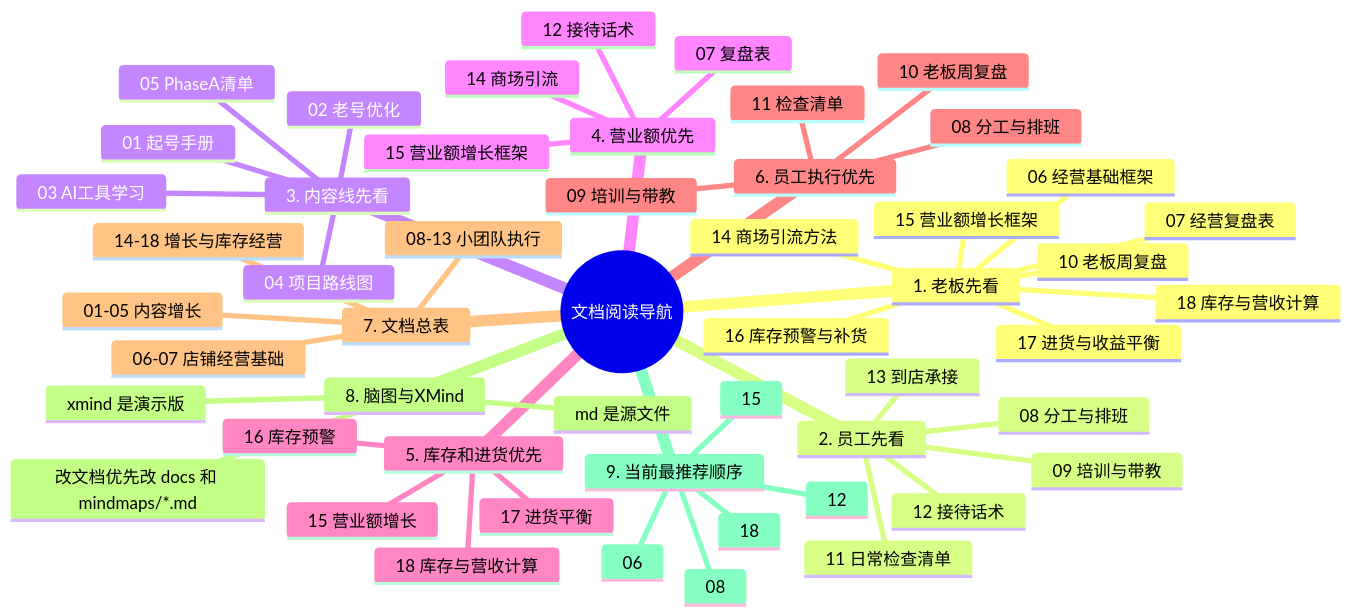
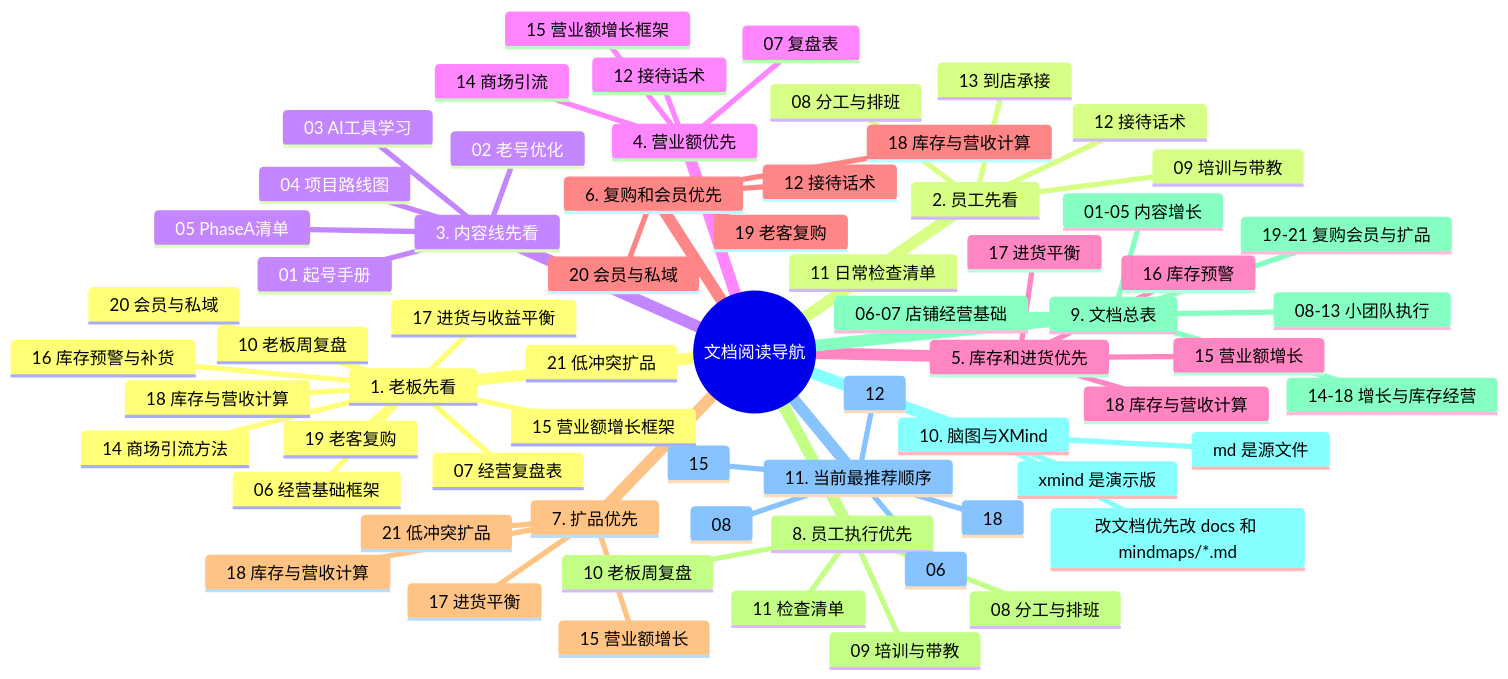
The diagram in mindmaps/00-文档阅读导航-mindmap.md (lizhihui0215/Black-Tonny), drawn with Mermaid before and after one commit. The commit also changed 13 other files, not shown here.

````diff
--- a/mindmaps/00-文档阅读导航-mindmap.md
+++ b/mindmaps/00-文档阅读导航-mindmap.md
@@ -3,55 +3,69 @@
 ```mermaid
 mindmap
   root((文档阅读导航))
     1. 老板先看
       06 经营基础框架
       15 营业额增长框架
       18 库存与营收计算
       16 库存预警与补货
       17 进货与收益平衡
+      19 老客复购
+      20 会员与私域
+      21 低冲突扩品
       14 商场引流方法
       07 经营复盘表
       10 老板周复盘
     2. 员工先看
       08 分工与排班
       09 培训与带教
       11 日常检查清单
       12 接待话术
       13 到店承接
     3. 内容线先看
       01 起号手册
       02 老号优化
       03 AI工具学习
       04 项目路线图
       05 PhaseA清单
     4. 营业额优先
       15 营业额增长框架
       14 商场引流
       12 接待话术
       07 复盘表
     5. 库存和进货优先
       18 库存与营收计算
       16 库存预警
       17 进货平衡
       15 营业额增长
-    6. 员工执行优先
+    6. 复购和会员优先
+      19 老客复购
+      20 会员与私域
+      12 接待话术
+      18 库存与营收计算
+    7. 扩品优先
+      21 低冲突扩品
+      17 进货平衡
+      18 库存与营收计算
+      15 营业额增长
+    8. 员工执行优先
       08 分工与排班
       09 培训与带教
       11 检查清单
       10 老板周复盘
-    7. 文档总表
+    9. 文档总表
       01-05 内容增长
       06-07 店铺经营基础
       08-13 小团队执行
       14-18 增长与库存经营
-    8. 脑图与XMind
+      19-21 复购会员与扩品
+    10. 脑图与XMind
       md 是源文件
       xmind 是演示版
       改文档优先改 docs 和 mindmaps/*.md
-    9. 当前最推荐顺序
+    11. 当前最推荐顺序
       06
       15
       18
       08
       12
 ```
````
